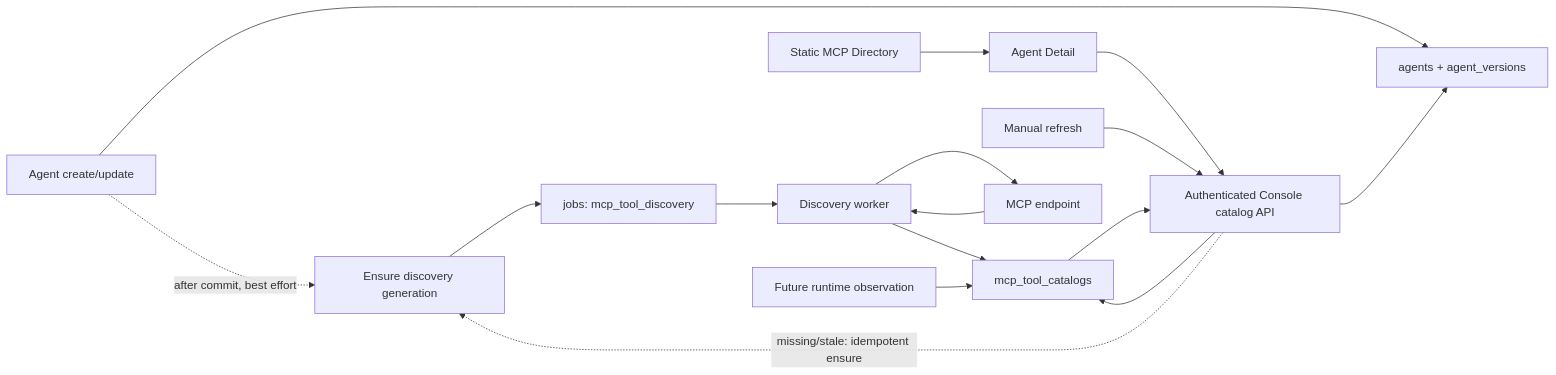
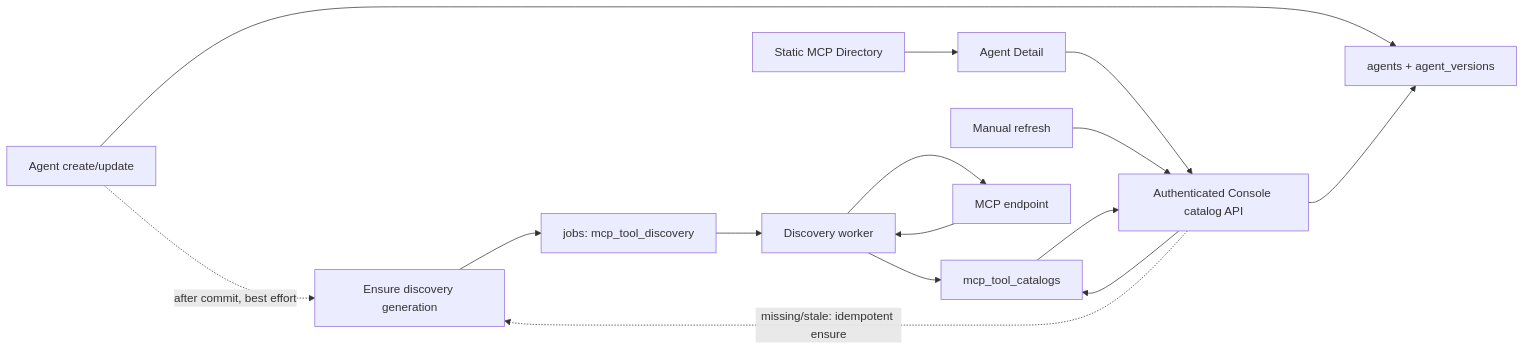
The first of 2 diagrams in docs/design/mcp-tool-catalog-discovery.md (superduck-ai/open-managed-agents), drawn with Mermaid before and after one commit. The commit also changed other lines of this file and 15 other files, not shown here.

````diff
--- a/docs/design/mcp-tool-catalog-discovery.md
+++ b/docs/design/mcp-tool-catalog-discovery.md
@@ -101,18 +100,17 @@
 ```mermaid
 flowchart LR
   Write["Agent create/update"] --> AgentDB["agents + agent_versions"]
   Write -. "after commit, best effort" .-> Ensure["Ensure discovery generation"]
   Detail["Agent Detail"] --> ConsoleAPI["Authenticated Console catalog API"]
   ConsoleAPI --> AgentDB
   ConsoleAPI --> CatalogDB["mcp_tool_catalogs"]
   ConsoleAPI -. "missing/stale: idempotent ensure" .-> Ensure
   Refresh["Manual refresh"] --> ConsoleAPI
   Ensure --> Jobs["jobs: mcp_tool_discovery"]
   Jobs --> Worker["Discovery worker"]
   Worker --> MCP["MCP endpoint"]
   MCP --> Worker
   Worker --> CatalogDB
-  Runtime["Future runtime observation"] --> CatalogDB
   Directory["Static MCP Directory"] --> Detail
   CatalogDB --> ConsoleAPI
 ```
````
